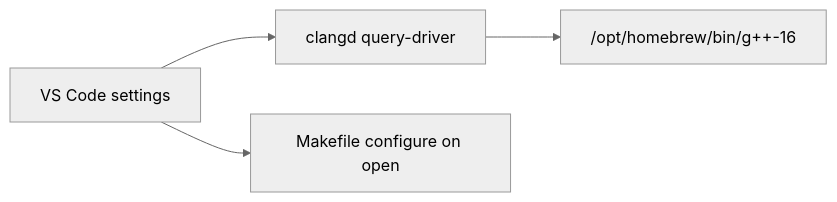
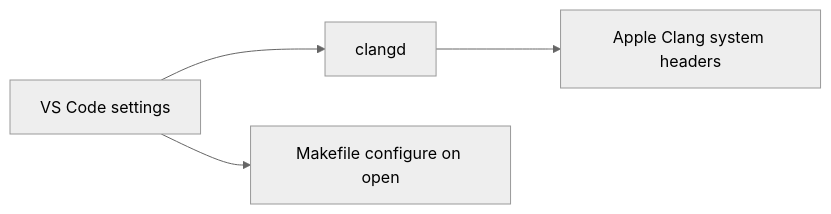
Diagram 20 of 26 in README.md (jirahandler/baremetal-mnist-cpp-ml), drawn with Mermaid (neutral theme) before and after one commit. The commit also changed other lines of this file and 3 other files, not shown here.

````diff
--- a/README.md
+++ b/README.md
@@ -992,6 +995,6 @@
 ```mermaid
 flowchart LR
-    A[VS Code settings] --> B[clangd query-driver]
-    B --> C["/opt/homebrew/bin/g++-16"]
+    A[VS Code settings] --> B[clangd]
+    B --> C[Apple Clang system headers]
     A --> D["Makefile configure on open"]
 ```
````
